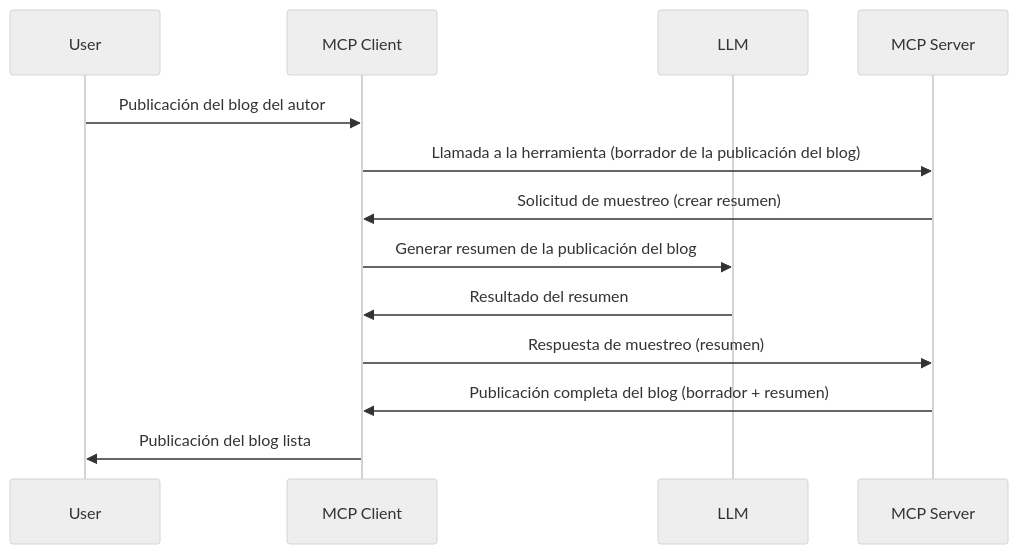
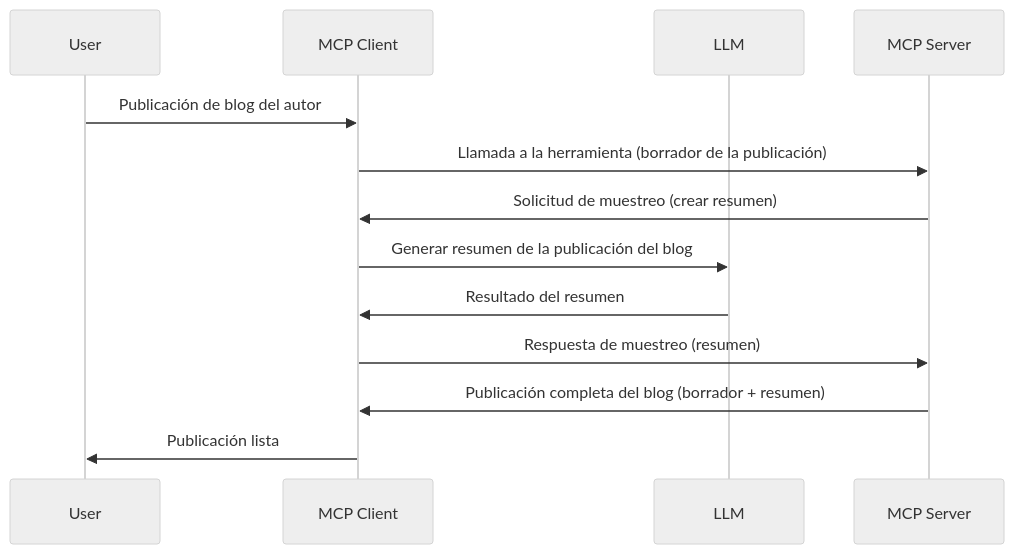
The diagram in mcp_ecosystem__model_context_protocol/mcp_learning_resources/mcp-for-beginners/translations/es/03-GettingStarted/14-sampling/README.md (HIDORAKAI002/ai-workspace-archive), drawn with Mermaid (neutral theme) before and after one commit. The commit also changed other lines of this file and 4878 other files, not shown here.

Commit message:
chore(sync): update MCP Python SDK, MCP TypeScript SDK, MCP Inspector, Supabase MCP, Kubernetes MCP Server, Git MCP, Exa MCP Server, MCP Agent, +55 more

````diff
--- a/mcp_ecosystem__model_context_protocol/mcp_learning_resources/mcp-for-beginners/translations/es/03-GettingStarted/14-sampling/README.md
+++ b/mcp_ecosystem__model_context_protocol/mcp_learning_resources/mcp-for-beginners/translations/es/03-GettingStarted/14-sampling/README.md
@@ -25,16 +27,16 @@
 ```mermaid
 sequenceDiagram
     participant User
     participant MCP Client
     participant LLM
     participant MCP Server
 
-    User->>MCP Client: Publicación del blog del autor
-    MCP Client->>MCP Server: Llamada a la herramienta (borrador de la publicación del blog)
+    User->>MCP Client: Publicación de blog del autor
+    MCP Client->>MCP Server: Llamada a la herramienta (borrador de la publicación)
     MCP Server->>MCP Client: Solicitud de muestreo (crear resumen)
     MCP Client->>LLM: Generar resumen de la publicación del blog
     LLM->>MCP Client: Resultado del resumen
     MCP Client->>MCP Server: Respuesta de muestreo (resumen)
     MCP Server->>MCP Client: Publicación completa del blog (borrador + resumen)
-    MCP Client->>User: Publicación del blog lista
+    MCP Client->>User: Publicación lista
 ```
````
